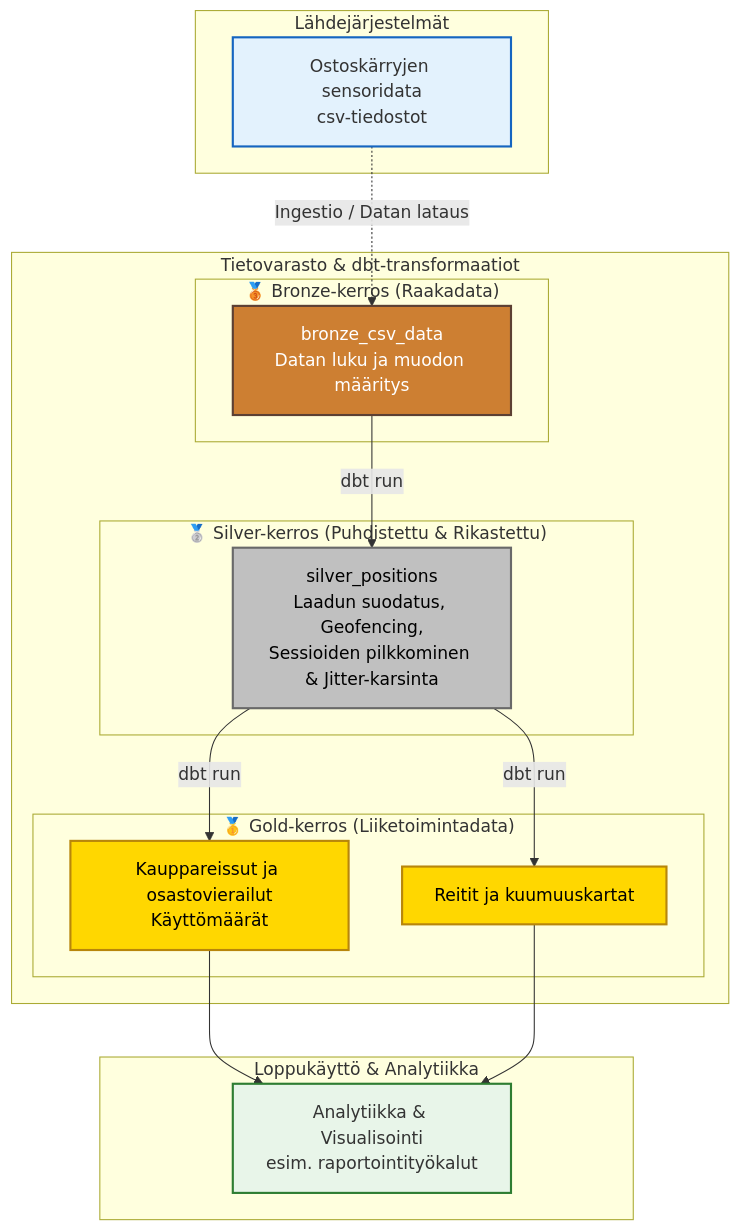
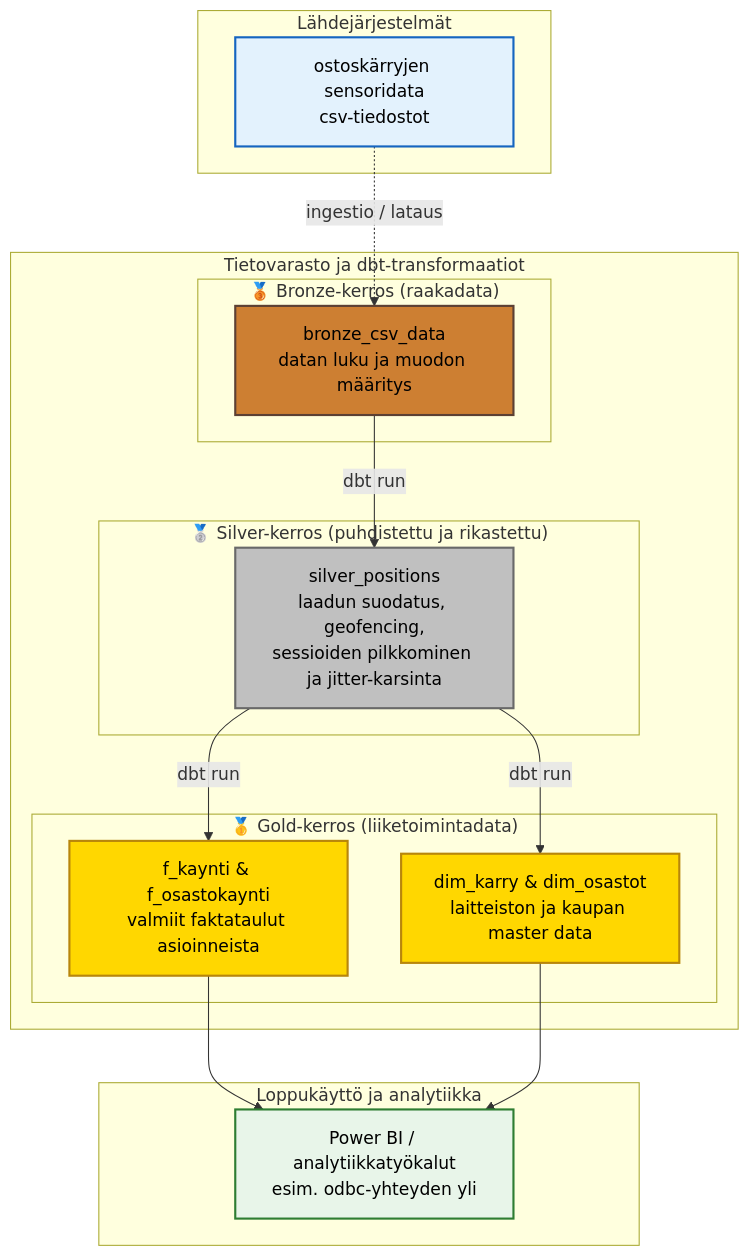
One commit to mitro54/uwb-shopping-cart-analytics-pipeline changed the diagram in docs/arkkitehtuuri_kaavio.md. Above: the diagram before and after it, drawn with Mermaid. The commit also changed other lines of this file, not shown here.

Commit message:
Stilisoitu arkkitehtuurikaaviota

````diff
--- a/docs/arkkitehtuuri_kaavio.md
+++ b/docs/arkkitehtuuri_kaavio.md
@@ -5,46 +5,46 @@
 ```mermaid
 graph TD
-    classDef source fill:#e3f2fd,stroke:#1565c0,stroke-width:2px;
-    classDef bronze fill:#cd7f32,stroke:#5c4033,stroke-width:2px,color:#fff;
-    classDef silver fill:#c0c0c0,stroke:#696969,stroke-width:2px,color:#000;
-    classDef gold fill:#ffd700,stroke:#b8860b,stroke-width:2px,color:#000;
-    classDef bi fill:#e8f5e9,stroke:#2e7d32,stroke-width:2px;
+    classDef source fill:#e3f2fd,stroke:#1565c0,stroke-width:2px,color:black;
+    classDef bronze fill:#cd7f32,stroke:#5c4033,stroke-width:2px,color:black;
+    classDef silver fill:#c0c0c0,stroke:#696969,stroke-width:2px,color:black;
+    classDef gold fill:#ffd700,stroke:#b8860b,stroke-width:2px,color:black;
+    classDef bi fill:#e8f5e9,stroke:#2e7d32,stroke-width:2px,color:black;
 
     %% Lähdejärjestelmät
     subgraph Data_Sources["Lähdejärjestelmät"]
-        CSV[Ostoskärryjen sensoridata<br>csv-tiedostot]:::source
+        CSV["<span style='color:#000 !important'>ostoskärryjen sensoridata<br>csv-tiedostot</span>"]:::source
     end
 
     %% Data Warehouse / dbt prosessointi
-    subgraph DWH["Tietovarasto & dbt-transformaatiot"]
+    subgraph DWH["Tietovarasto ja dbt-transformaatiot"]
         
         %% Bronze
-        subgraph Bronze["🥉 Bronze-kerros (Raakadata)"]
-            stg[bronze_csv_data<br>Datan luku ja muodon määritys]:::bronze
+        subgraph Bronze["🥉 Bronze-kerros (raakadata)"]
+            stg["<span style='color:#000 !important'>bronze_csv_data<br>datan luku ja muodon määritys</span>"]:::bronze
         end
         
         %% Silver
-        subgraph Silver["🥈 Silver-kerros (Puhdistettu & Rikastettu)"]
-            silv[silver_positions<br>Laadun suodatus, Geofencing,<br>Sessioiden pilkkominen & Jitter-karsinta]:::silver
+        subgraph Silver["🥈 Silver-kerros (puhdistettu ja rikastettu)"]
+            silv["<span style='color:#000 !important'>silver_positions<br>laadun suodatus, geofencing,<br>sessioiden pilkkominen ja jitter-karsinta</span>"]:::silver
         end
         
         %% Gold
-        subgraph Gold["🥇 Gold-kerros (Liiketoimintadata)"]
-            gold_visits[Kauppareissut ja osastovierailut<br>Käyttömäärät]:::gold
-            gold_routes[Reitit ja kuumuuskartat]:::gold
+        subgraph Gold["🥇 Gold-kerros (liiketoimintadata)"]
+            gold_f["<span style='color:#000 !important'>f_kaynti & f_osastokaynti<br>valmiit faktataulut asioinneista</span>"]:::gold
+            gold_d["<span style='color:#000 !important'>dim_karry & dim_osastot<br>laitteiston ja kaupan master data</span>"]:::gold
         end
 
         stg -->|dbt run| silv
-        silv -->|dbt run| gold_visits
-        silv -->|dbt run| gold_routes
+        silv -->|dbt run| gold_f
+        silv -->|dbt run| gold_d
     end
 
     %% Raportointi ja Analyysi
-    subgraph Analytics["Loppukäyttö & Analytiikka"]
-        BI[Analytiikka & Visualisointi<br>esim. raportointityökalut]:::bi
+    subgraph Analytics["Loppukäyttö ja analytiikka"]
+        BI["<span style='color:#000 !important'>Power BI / analytiikkatyökalut<br>esim. odbc-yhteyden yli</span>"]:::bi
     end
 
-    CSV -.->|Ingestio / Datan lataus| stg
-    gold_visits --> BI
-    gold_routes --> BI
+    CSV -.->|ingestio / lataus| stg
+    gold_f --> BI
+    gold_d --> BI
 ```
````
